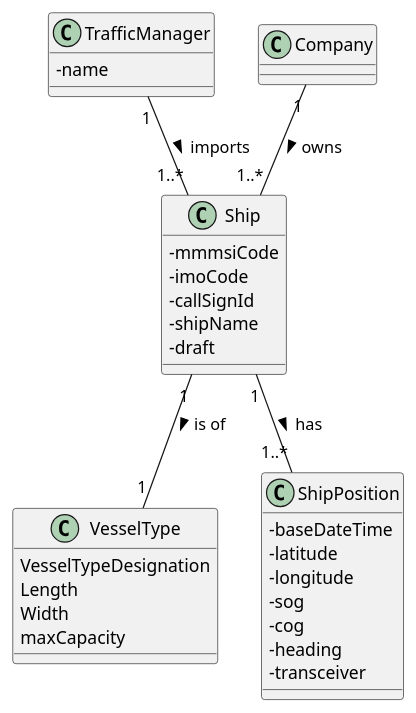
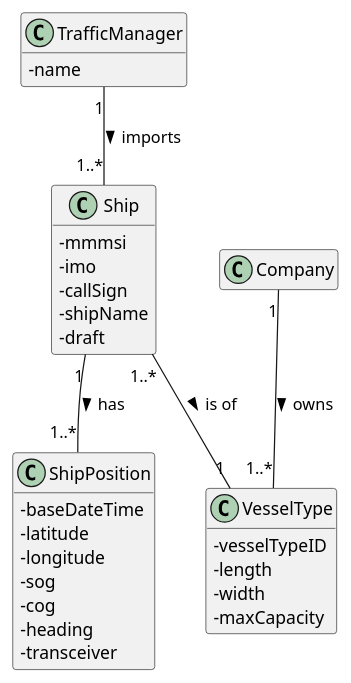
Before and after one commit to ana-albergaria/LAPR3-ISEP: the diagram in docs/US101/US_101_DM.puml, drawn with PlantUML. The commit also changed 6 other files, not shown here.

```diff
--- a/docs/US101/US_101_DM.puml
+++ b/docs/US101/US_101_DM.puml
@@ -1,41 +1,45 @@
 @startuml
 'https://plantuml.com/class-diagram
+hide empty methods
+hide empty attributes
 skinparam classAttributeIconSize 0
 
 class TrafficManager{
     -name
 }
 
 class Company{}
 
 class Ship {
-    -mmmsiCode /'MMSI - 1'/
-    -imoCode /'IMO - 9'/
-    -callSignId /'CallSign - 10'/
+    -mmmsi /'MMSI - 1'/
+    -imo /'IMO - 9'/
+    -callSign /'CallSign - 10'/
     -shipName /'VesselName - 8'/
     -draft /'Draft - 14'/
+    '-shipPositions /'BST que guarda Positions'/
+    '-vesselType /'objeto do tipo VesselType'/
 }
 
 class VesselType{
-    VesselTypeDesignation /'VesselType - 11'/
-    Length /'Length - 12'/
-    Width /'Width - 13'/
-    maxCapacity /'Cargo - 15'/
+    -vesselTypeID /'VesselType - 11'/
+    -length /'Length - 12'/
+    -width /'Width - 13'/
+    -maxCapacity /'Cargo - 15'/
 }
 
 class ShipPosition {
     -baseDateTime /'BaseDateTime - 2'/
     -latitude /'LAT - 3'/
     -longitude /'LON - 4'/
     -sog /'SOG - 5'/
     -cog /'COG - 6'/
     -heading /'Heading - 7'/
     -transceiver /'TransceiverClass - 16'/
 }
 
-Company "1" -- "1..*" Ship : owns >
+Company "1" -- "1..*" VesselType : owns >
+Ship "1..*" -- "1" VesselType : is of >
 TrafficManager "1" -- "1..*" Ship : imports >
 Ship "1" -- "1..*" ShipPosition : has >
-Ship "1" -- "1" VesselType : is of >
 
 @enduml
```
